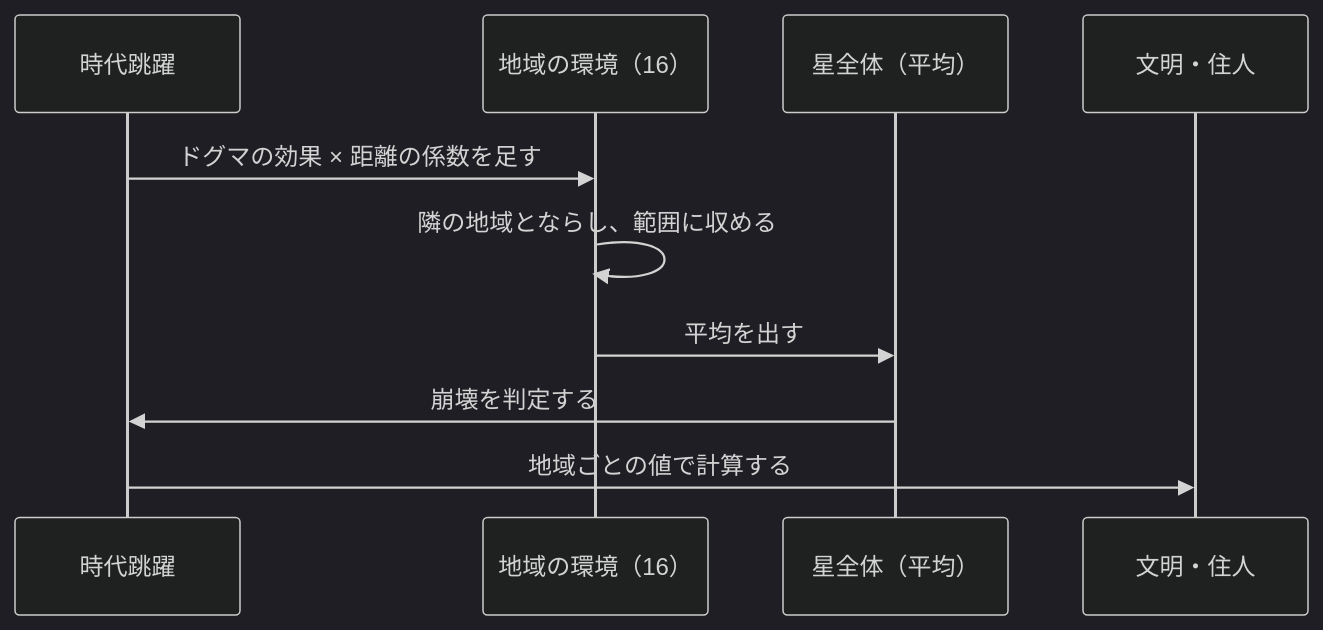
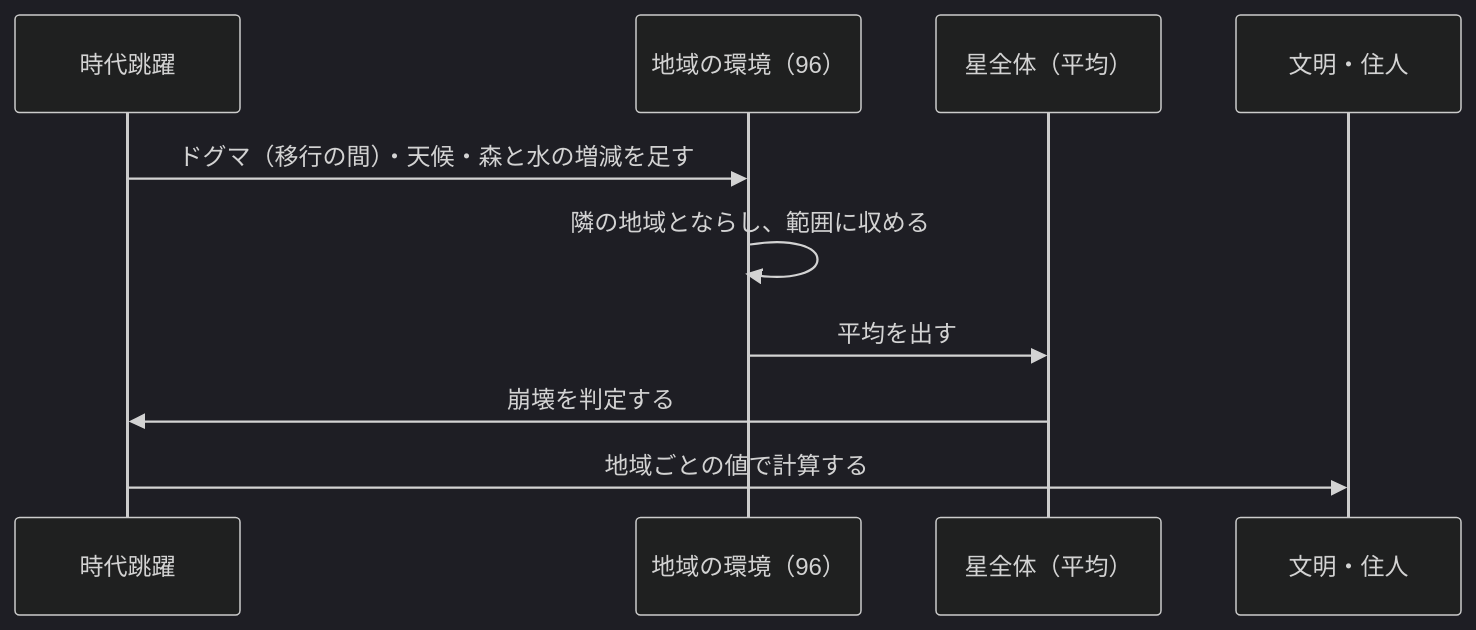
Before and after one commit to Vouivret/TheogonyX: the diagram in docs/domain/regional-environment.md, drawn with Mermaid (dark theme). The commit also changed other lines of this file and 6 other files, not shown here.

````diff
--- a/docs/domain/regional-environment.md
+++ b/docs/domain/regional-environment.md
@@ -70,12 +85,12 @@
 ```mermaid
 sequenceDiagram
     participant T as 時代跳躍
-    participant R as 地域の環境（16）
+    participant R as 地域の環境（96）
     participant W as 星全体（平均）
     participant C as 文明・住人
-    T->>R: ドグマの効果 × 距離の係数を足す
+    T->>R: ドグマ（移行の間）・天候・森と水の増減を足す
     R->>R: 隣の地域とならし、範囲に収める
     R->>W: 平均を出す
     W->>T: 崩壊を判定する
     T->>C: 地域ごとの値で計算する
 ```
````
